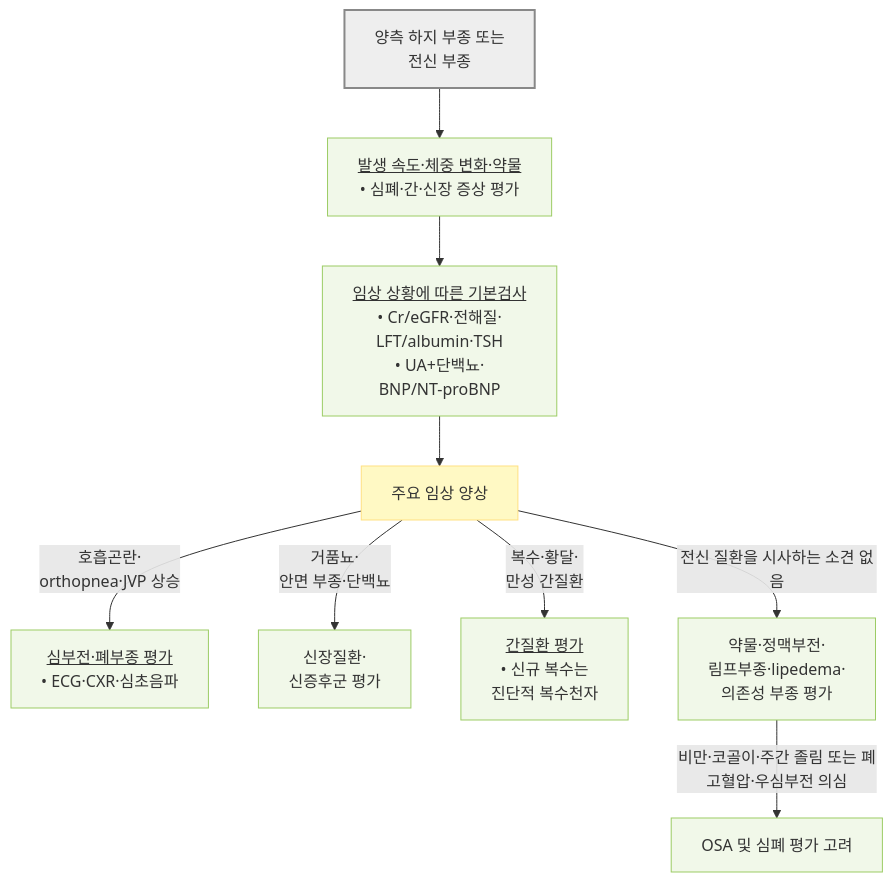
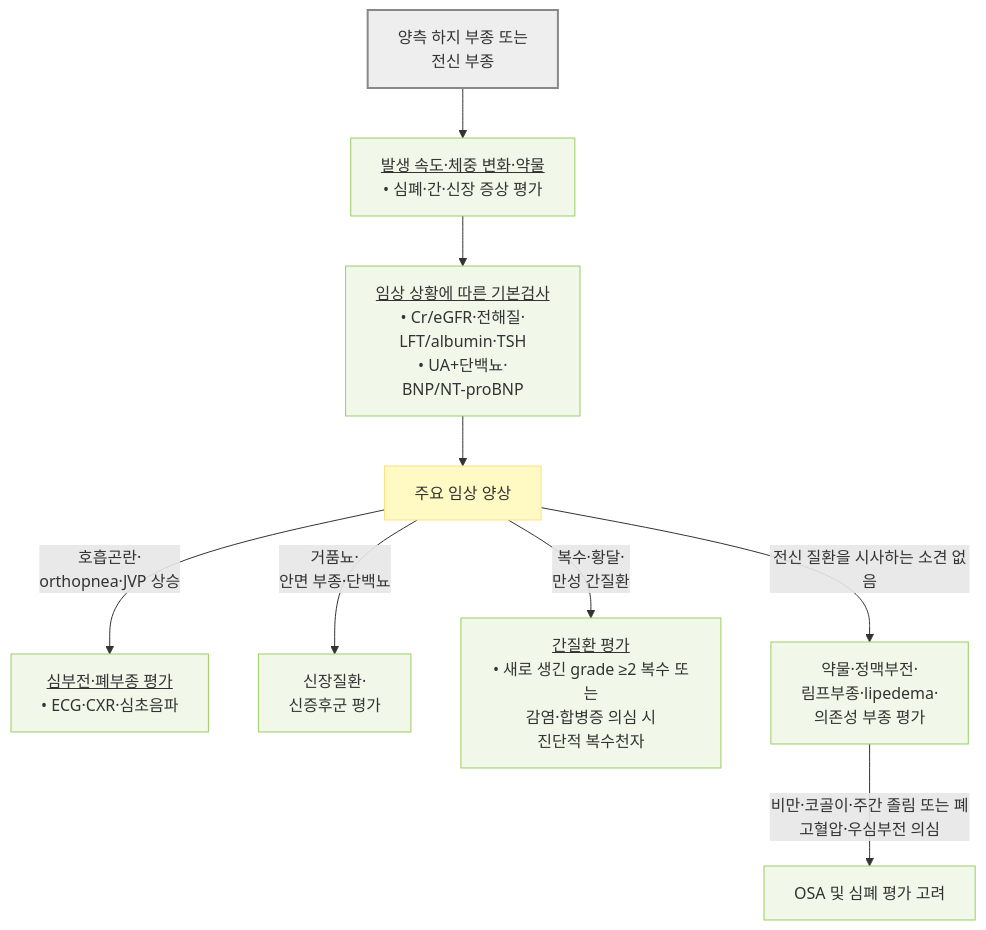
One commit to familyoh77/familyoh77 changed the third of 5 diagrams in 220_/012_-edema.md. Above: the diagram before and after it, drawn with Mermaid. The commit also changed other lines of this file and 2 other files, not shown here.

````diff
--- a/220_/012_-edema.md
+++ b/220_/012_-edema.md
@@ -321,18 +324,18 @@
 ```mermaid
 flowchart TD
     SG3["양측 하지 부종 또는<br/>전신 부종"]
     SG3 --> A3["<u>발생 속도·체중 변화·약물</u><br/>• 심폐·간·신장 증상 평가"]
     A3 --> B3["<u>임상 상황에 따른 기본검사</u><br/>• Cr/eGFR·전해질·<br/>LFT/albumin·TSH<br/>• UA+단백뇨·<br/>BNP/NT-proBNP"]
     B3 --> C3["주요 임상 양상"]
     C3 -- "호흡곤란·<br/>orthopnea·JVP 상승" --> D3a["<u>심부전·폐부종 평가</u><br/>• ECG·CXR·심초음파"]
     C3 -- "거품뇨·<br/>안면 부종·단백뇨" --> D3b["신장질환·<br/>신증후군 평가"]
-    C3 -- "복수·황달·<br/>만성 간질환" --> D3c["<u>간질환 평가</u><br/>• 신규 복수는 <br/>진단적 복수천자"]
+    C3 -- "복수·황달·<br/>만성 간질환" --> D3c["<u>간질환 평가</u><br/>• 새로 생긴 grade ≥2 복수 또는<br/>감염·합병증 의심 시<br/>진단적 복수천자"]
     C3 -- "전신 질환을 시사하는 소견 없음" --> D3d["약물·정맥부전·<br/>림프부종·lipedema·<br/>의존성 부종 평가"]
     D3d -- "비만·코골이·주간 졸림 또는 폐고혈압·우심부전 의심" --> E3["OSA 및 심폐 평가 고려"]
     classDef start fill:#eeeeee,stroke:#888888,stroke-width:2px
     classDef question fill:#fff9c4,stroke:#ffe082
     classDef evaluation fill:#f1f8e9,stroke:#9ccc65
     class SG3 start
     class C3 question
     class A3,B3,D3a,D3b,D3c,D3d,E3 evaluation
 ```
````
